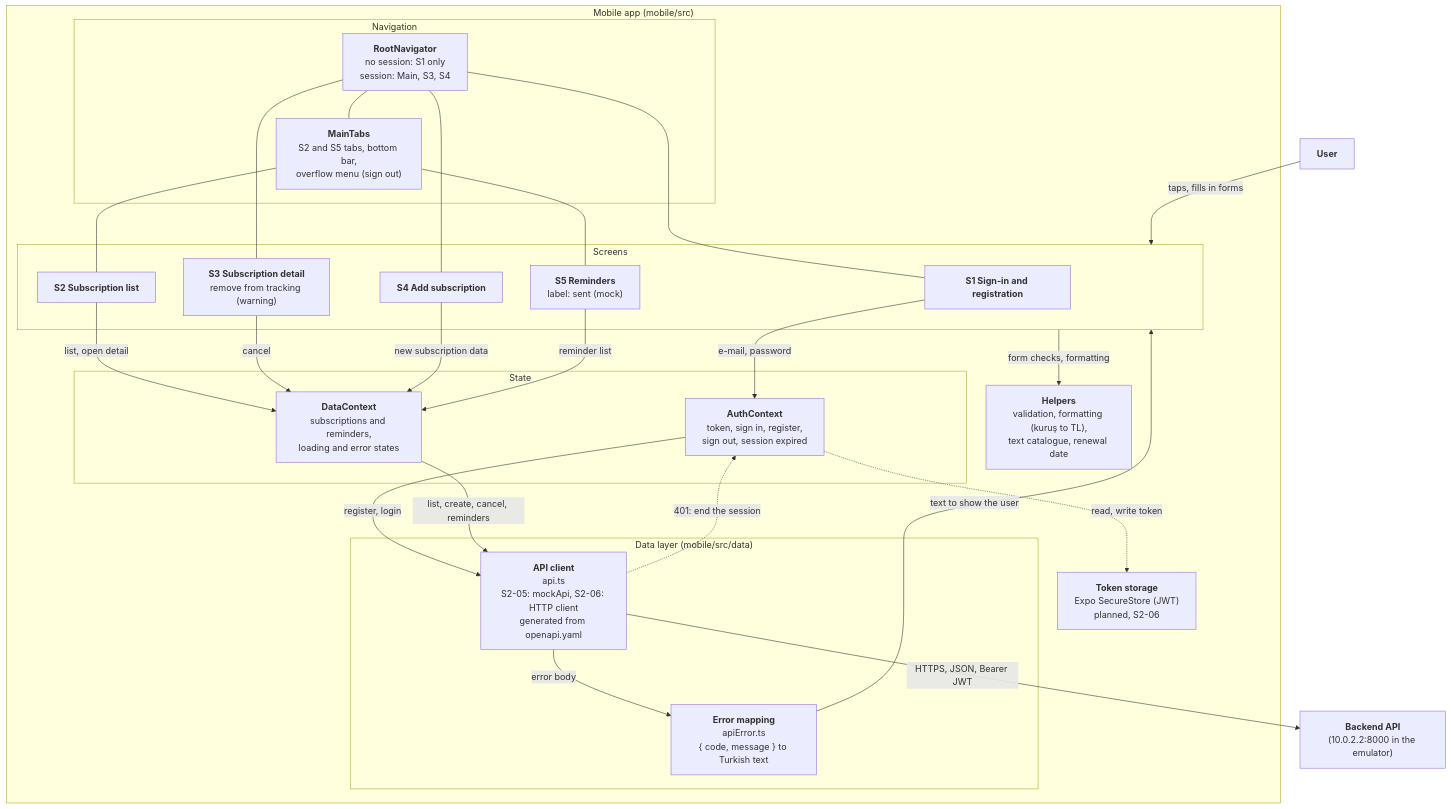
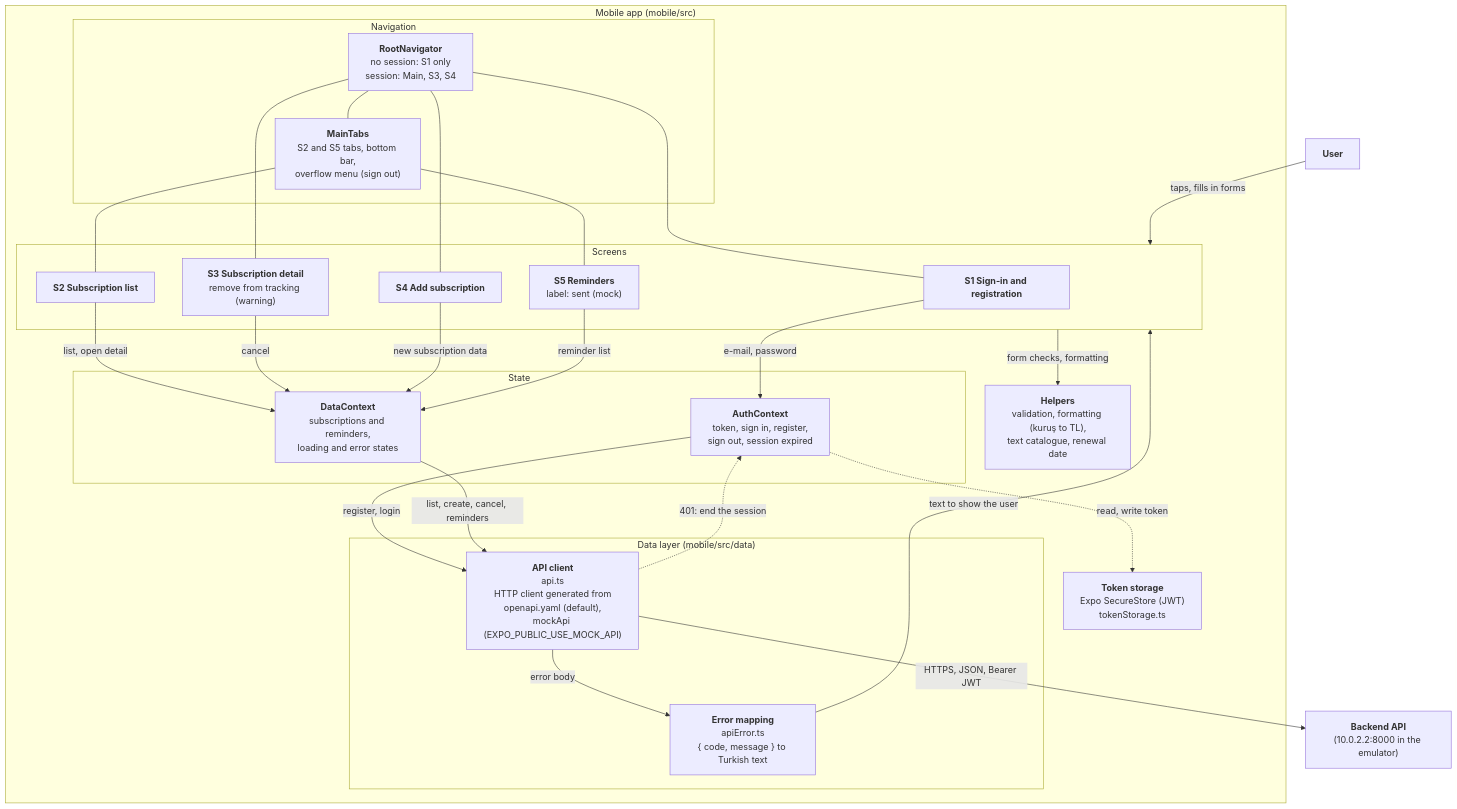
One commit to AbonelikVeFaturaHatirlatici/abonelik-ve-fatura-hatirlatici changed the fourth of 4 diagrams in docs/architecture/c4-diyagramlar.md. Above: the diagram before and after it, drawn with Mermaid. The commit also changed other lines of this file and 2 other files, not shown here.

Commit message:
docs: ADR-002, UML ve C4'ü iki aşamalı hatırlatma işi ve mobil HTTP client'a göre güncelle

````diff
--- a/docs/architecture/c4-diyagramlar.md
+++ b/docs/architecture/c4-diyagramlar.md
@@ -157,56 +157,56 @@
 ```mermaid
 flowchart TB
     user["<b>User</b>"]
     api["<b>Backend API</b><br/>(10.0.2.2:8000 in the emulator)"]
 
     subgraph mobile["Mobile app (mobile/src)"]
         subgraph nav["Navigation"]
             root["<b>RootNavigator</b><br/>no session: S1 only<br/>session: Main, S3, S4"]
             tabs["<b>MainTabs</b><br/>S2 and S5 tabs, bottom bar,<br/>overflow menu (sign out)"]
         end
 
         subgraph screens["Screens"]
             s1["<b>S1 Sign-in and registration</b>"]
             s2["<b>S2 Subscription list</b>"]
             s3["<b>S3 Subscription detail</b><br/>remove from tracking (warning)"]
             s4["<b>S4 Add subscription</b>"]
             s5["<b>S5 Reminders</b><br/>label: sent (mock)"]
         end
 
         subgraph state["State"]
             authCtx["<b>AuthContext</b><br/>token, sign in, register,<br/>sign out, session expired"]
             dataCtx["<b>DataContext</b><br/>subscriptions and reminders,<br/>loading and error states"]
         end
 
         subgraph dataLayer["Data layer (mobile/src/data)"]
-            client["<b>API client</b><br/>api.ts<br/>S2-05: mockApi, S2-06: HTTP client<br/>generated from openapi.yaml"]
+            client["<b>API client</b><br/>api.ts<br/>HTTP client generated from<br/>openapi.yaml (default),<br/>mockApi (EXPO_PUBLIC_USE_MOCK_API)"]
             errorMap["<b>Error mapping</b><br/>apiError.ts<br/>{ code, message } to Turkish text"]
         end
 
         helpers["<b>Helpers</b><br/>validation, formatting (kuruş to TL),<br/>text catalogue, renewal date"]
-        storage["<b>Token storage</b><br/>Expo SecureStore (JWT)<br/>planned, S2-06"]
+        storage["<b>Token storage</b><br/>Expo SecureStore (JWT)<br/>tokenStorage.ts"]
     end
 
     user -->|"taps, fills in forms"| screens
     root --- tabs
     root --- s1
     root --- s3
     root --- s4
     tabs --- s2
     tabs --- s5
 
     s1 -->|"e-mail, password"| authCtx
     s2 -->|"list, open detail"| dataCtx
     s3 -->|"cancel"| dataCtx
     s4 -->|"new subscription data"| dataCtx
     s5 -->|"reminder list"| dataCtx
     screens -->|"form checks, formatting"| helpers
 
     authCtx -->|"register, login"| client
     dataCtx -->|"list, create, cancel, reminders"| client
     authCtx -.->|"read, write token"| storage
     client -->|"HTTPS, JSON, Bearer JWT"| api
     client -->|"error body"| errorMap
     errorMap -->|"text to show the user"| screens
     client -.->|"401: end the session"| authCtx
 ```
````
